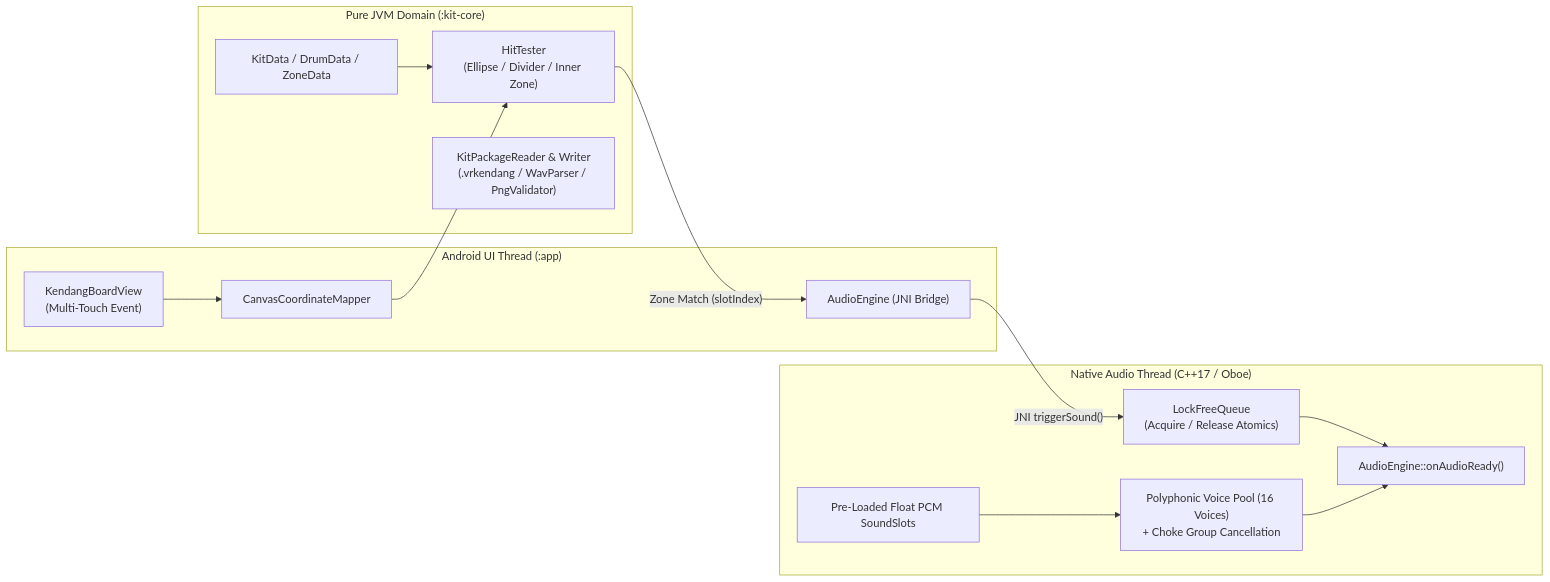
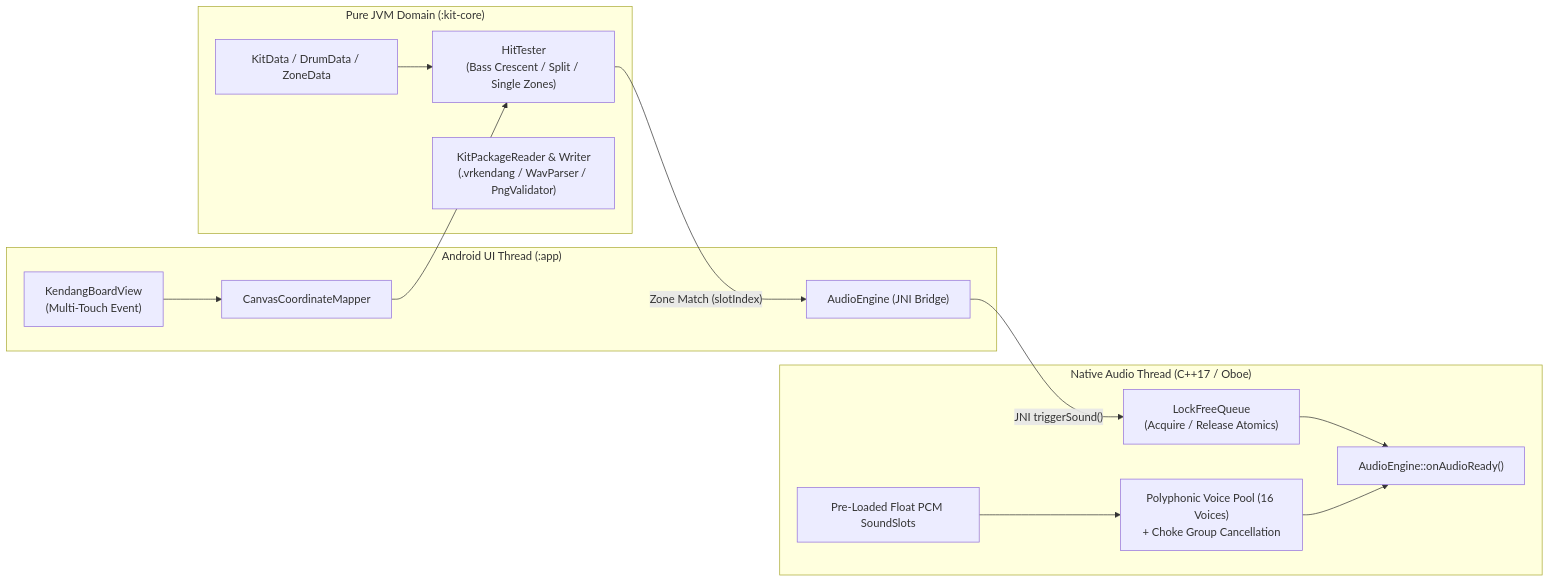
One commit to Vanderrhud/kendang-android-1 changed the diagram in README.md. Above: the diagram before and after it, drawn with Mermaid. The commit also changed other lines of this file and 1 other file, not shown here.

````diff
--- a/README.md
+++ b/README.md
@@ -38,30 +54,30 @@
 ```mermaid
 flowchart LR
     subgraph UI["Android UI Thread (:app)"]
         Touch["KendangBoardView\n(Multi-Touch Event)"]
         Mapper["CanvasCoordinateMapper"]
         Bridge["AudioEngine (JNI Bridge)"]
     end
 
     subgraph Core["Pure JVM Domain (:kit-core)"]
-        HitTest["HitTester\n(Ellipse / Divider / Inner Zone)"]
+        HitTest["HitTester\n(Bass Crescent / Split / Single Zones)"]
         Model["KitData / DrumData / ZoneData"]
         PkgIO["KitPackageReader & Writer\n(.vrkendang / WavParser / PngValidator)"]
     end
 
     subgraph Native["Native Audio Thread (C++17 / Oboe)"]
         Queue["LockFreeQueue<TriggerEvent, 64>\n(Acquire / Release Atomics)"]
         Callback["AudioEngine::onAudioReady()"]
         Voices["Polyphonic Voice Pool (16 Voices)\n+ Choke Group Cancellation"]
         Slots["Pre-Loaded Float PCM SoundSlots"]
     end
 
     Touch --> Mapper
     Mapper --> HitTest
     Model --> HitTest
     HitTest -- "Zone Match (slotIndex)" --> Bridge
     Bridge -- "JNI triggerSound()" --> Queue
     Queue --> Callback
     Slots --> Voices
     Voices --> Callback
 ```
````
